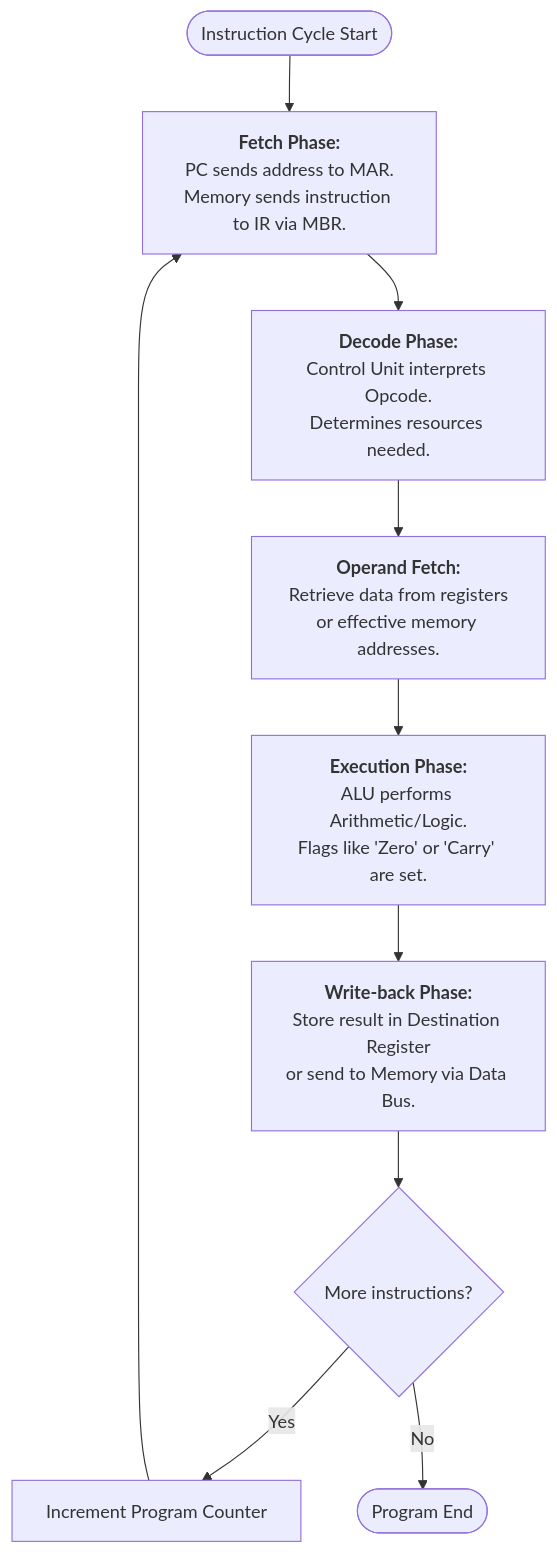
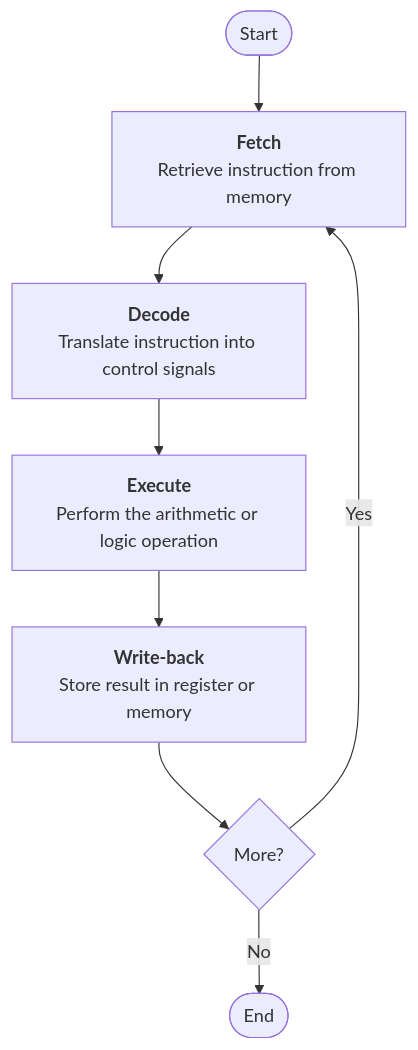
The first of 4 diagrams in Computer_Architecture_Assignment.md (wendy0005/assignment), drawn with Mermaid before and after one commit. The commit also changed other lines of this file and 3 other files, not shown here.

First line of the commit message:
Refactor Computer Architecture Assignment documentation and add HTML preview

````diff
--- a/Computer_Architecture_Assignment.md
+++ b/Computer_Architecture_Assignment.md
@@ -20,12 +26,10 @@
 ```mermaid
 flowchart TD
-    Start([Instruction Cycle Start]) --> Fetch[<b>Fetch Phase:</b><br/>PC sends address to MAR.<br/>Memory sends instruction to IR via MBR.]
-    Fetch --> Decode[<b>Decode Phase:</b><br/>Control Unit interprets Opcode.<br/>Determines resources needed.]
-    Decode --> Operand[<b>Operand Fetch:</b><br/>Retrieve data from registers<br/>or effective memory addresses.]
-    Operand --> Execute[<b>Execution Phase:</b><br/>ALU performs Arithmetic/Logic.<br/>Flags like 'Zero' or 'Carry' are set.]
-    Execute --> Write[<b>Write-back Phase:</b><br/>Store result in Destination Register<br/>or send to Memory via Data Bus.]
-    Write --> Next{More instructions?}
-    Next -->|Yes| UpdatePC[Increment Program Counter]
-    UpdatePC --> Fetch
-    Next -->|No| End([Program End])
+    Start([Start]) --> Fetch[<b>Fetch</b><br/>Retrieve instruction from memory]
+    Fetch --> Decode[<b>Decode</b><br/>Translate instruction into control signals]
+    Decode --> Execute[<b>Execute</b><br/>Perform the arithmetic or logic operation]
+    Execute --> Write[<b>Write-back</b><br/>Store result in register or memory]
+    Write --> Next{More?}
+    Next -->|Yes| Fetch
+    Next -->|No| End([End])
 ```
````
